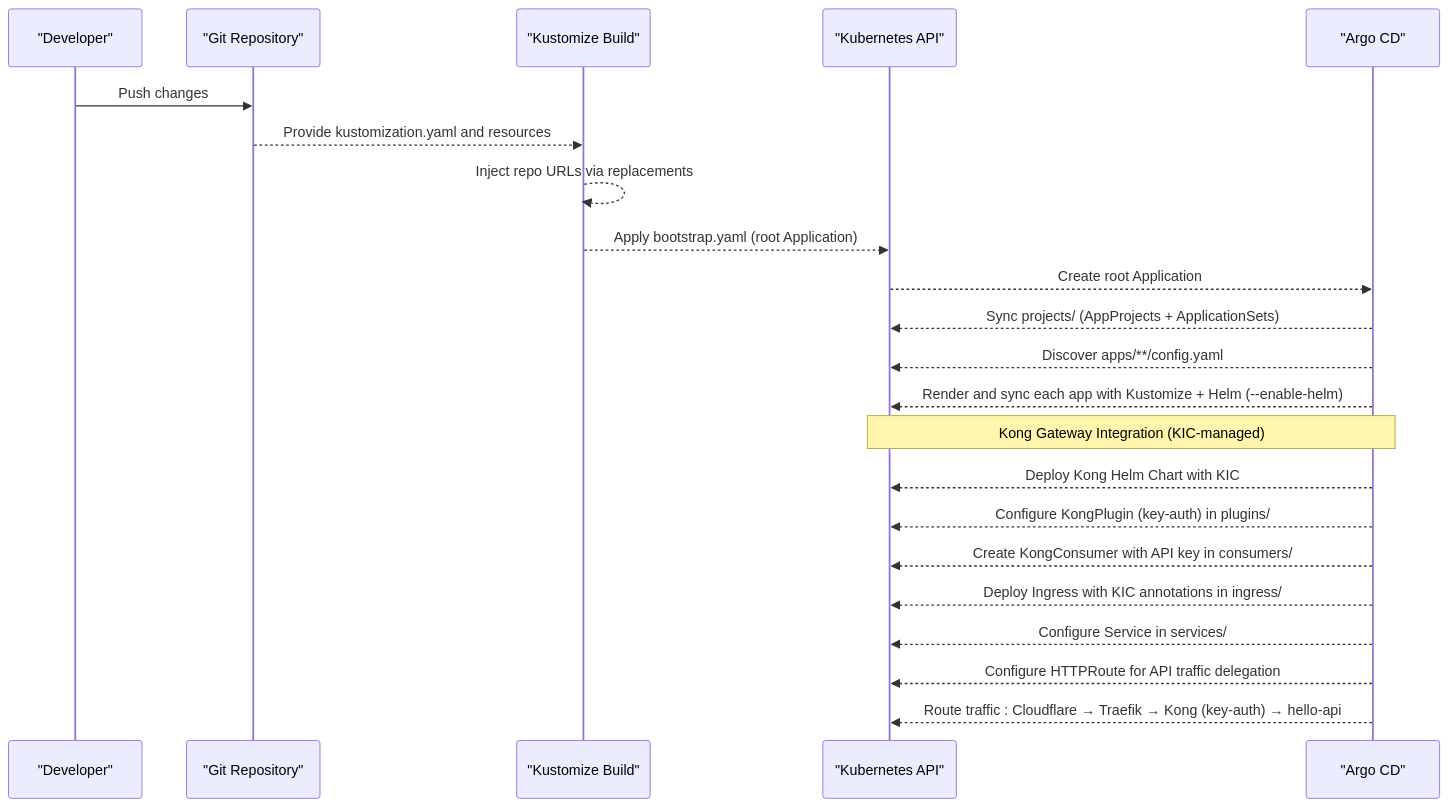
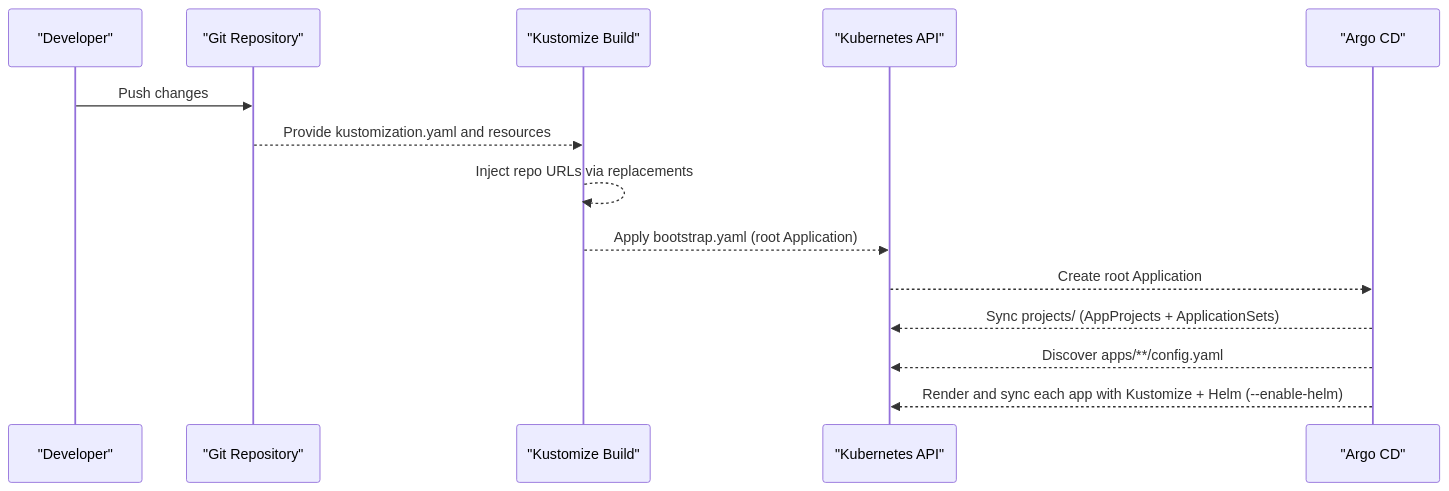
One commit to Hoangvu75/k8s_manifest changed the second of 3 diagrams in .qoder/repowiki/en/content/Application Configuration/Application Configuration.md. Above: the diagram before and after it, drawn with Mermaid. The commit also changed other lines of this file and 31 other files, not shown here.

````diff
--- a/.qoder/repowiki/en/content/Application Configuration/Application Configuration.md
+++ b/.qoder/repowiki/en/content/Application Configuration/Application Configuration.md
@@ -147,24 +103,16 @@
 ```mermaid
 sequenceDiagram
 participant Dev as "Developer"
 participant Repo as "Git Repository"
 participant Kust as "Kustomize Build"
 participant Kube as "Kubernetes API"
 participant Argo as "Argo CD"
 Dev->>Repo : Push changes
 Repo-->>Kust : Provide kustomization.yaml and resources
 Kust-->>Kust : Inject repo URLs via replacements
 Kust-->>Kube : Apply bootstrap.yaml (root Application)
 Kube-->>Argo : Create root Application
 Argo-->>Kube : Sync projects/ (AppProjects + ApplicationSets)
 Argo-->>Kube : Discover apps/**/config.yaml
 Argo-->>Kube : Render and sync each app with Kustomize + Helm (--enable-helm)
-Note over Argo,Kube : Kong Gateway Integration (KIC-managed)
-Argo-->>Kube : Deploy Kong Helm Chart with KIC
-Argo-->>Kube : Configure KongPlugin (key-auth) in plugins/
-Argo-->>Kube : Create KongConsumer with API key in consumers/
-Argo-->>Kube : Deploy Ingress with KIC annotations in ingress/
-Argo-->>Kube : Configure Service in services/
-Argo-->>Kube : Configure HTTPRoute for API traffic delegation
-Argo-->>Kube : Route traffic : Cloudflare → Traefik → Kong (key-auth) → hello-api
 ```
````
